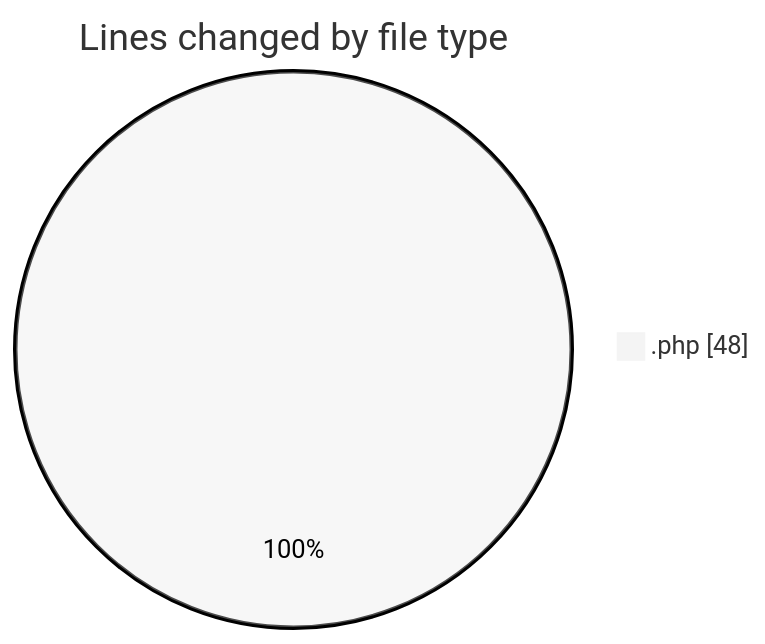
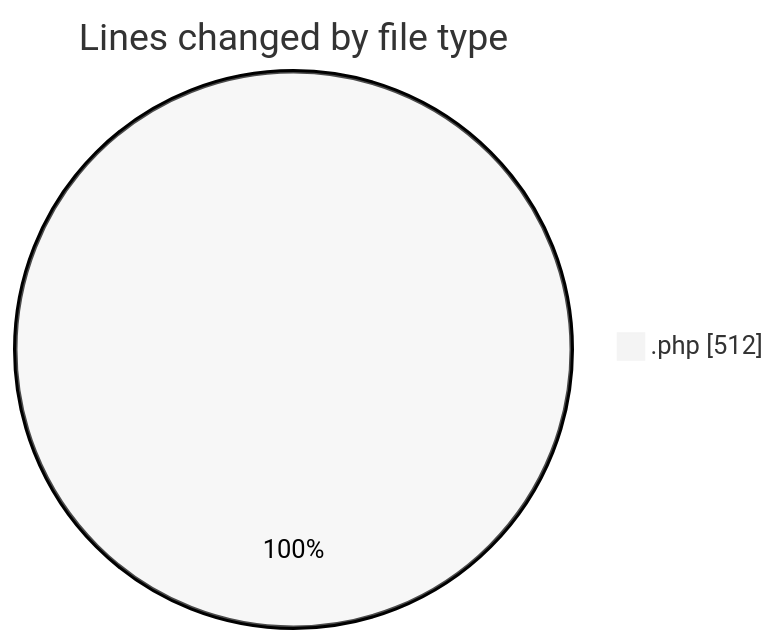
One commit to LanceThiago/code-tracking changed the first of 2 diagrams in 2025-11-04/web/README.md. Above: the diagram before and after it, drawn with Mermaid (neutral theme). The commit also changed other lines of this file and 1 other file, not shown here.

````diff
--- a/2025-11-04/web/README.md
+++ b/2025-11-04/web/README.md
@@ -21,5 +26,5 @@
 ```mermaid
 pie showData
 title Lines changed by file type
-".php" : 48
+".php" : 512
 ```
````
